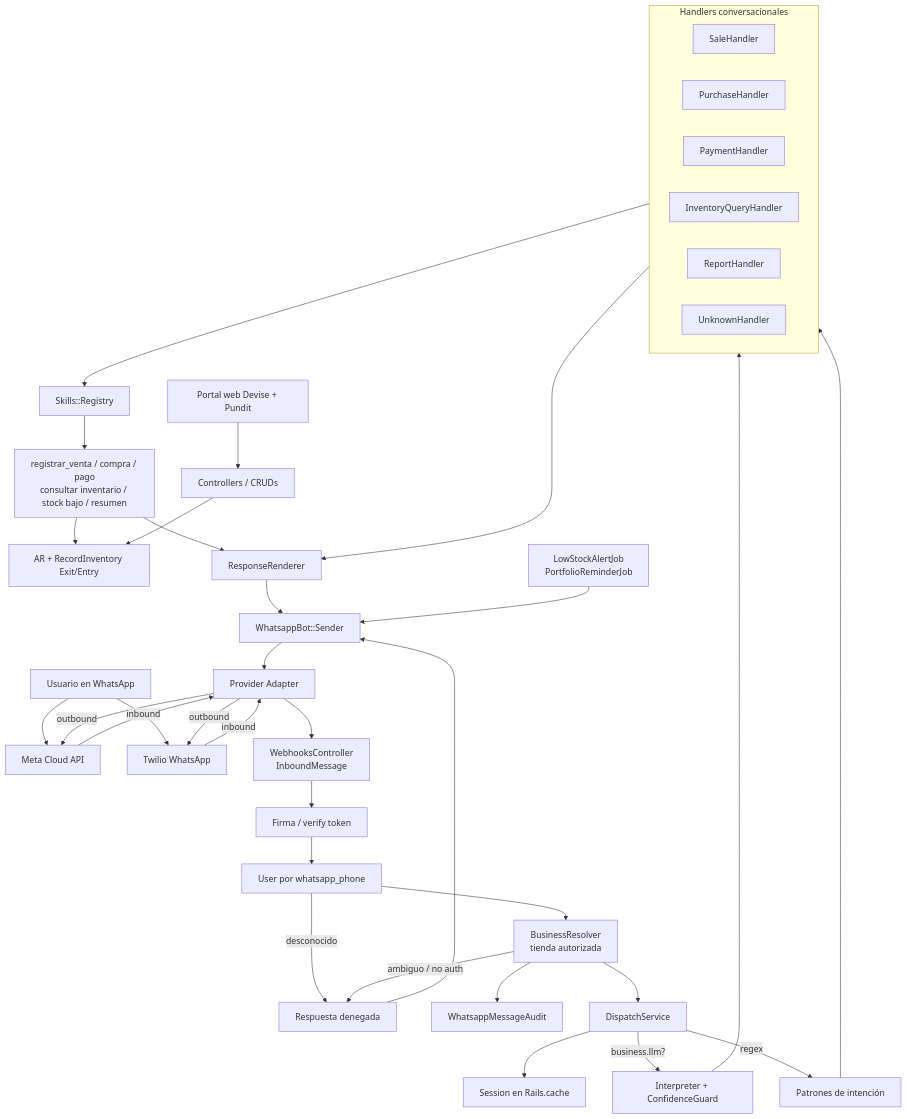
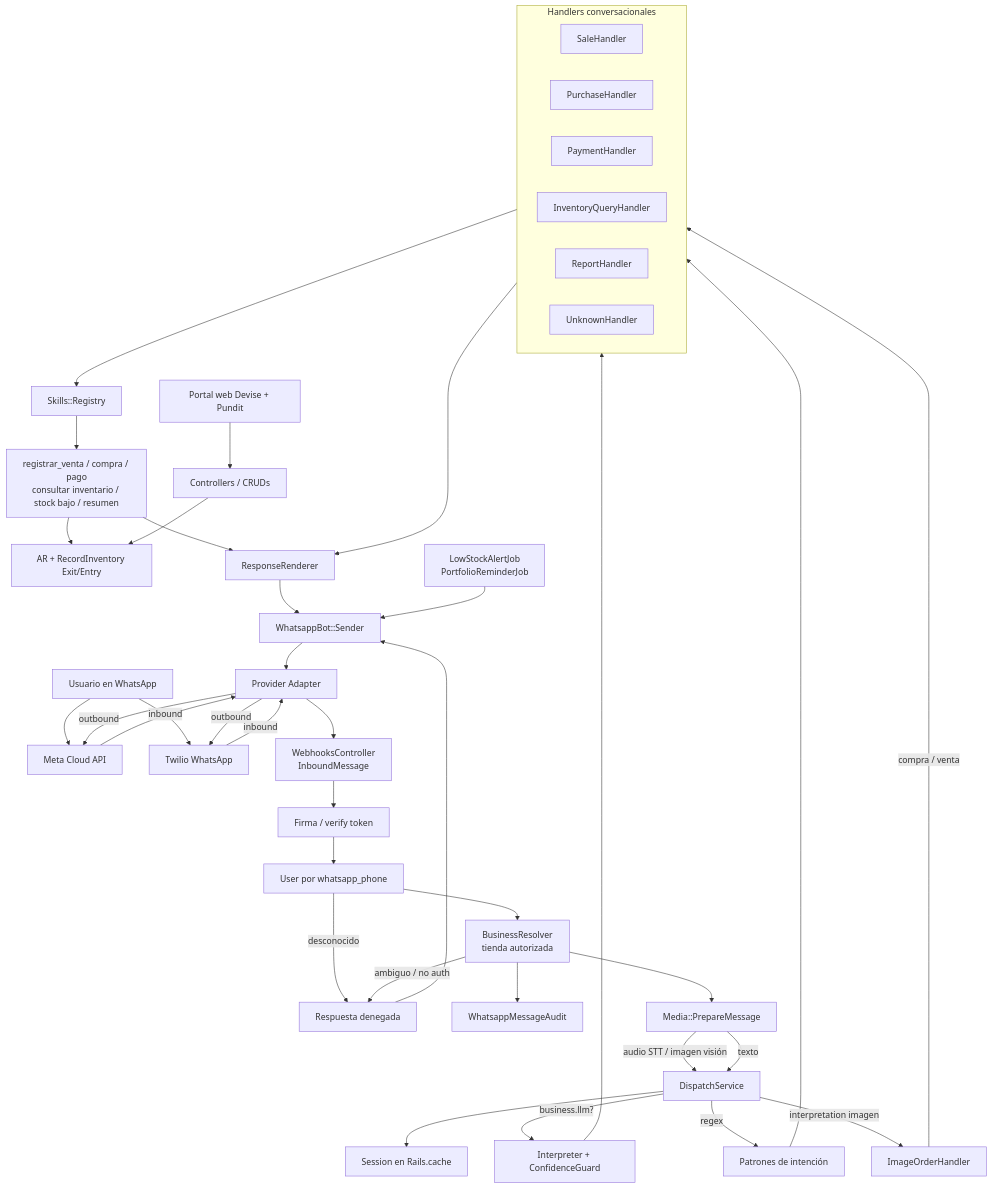
The first of 6 diagrams in docs/whatsapp-architecture.md (SunTea43/Hermes), drawn with Mermaid before and after one commit. The commit also changed other lines of this file and 3 other files, not shown here.

````diff
--- a/docs/whatsapp-architecture.md
+++ b/docs/whatsapp-architecture.md
@@ -26,45 +26,49 @@
 ```mermaid
 flowchart TD
   U[Usuario en WhatsApp] --> Meta[Meta Cloud API]
   U --> Twilio[Twilio WhatsApp]
   Meta -->|inbound| GW[Provider Adapter]
   Twilio -->|inbound| GW
   GW --> WH[WebhooksController<br/>InboundMessage]
   WH --> Verify[Firma / verify token]
   Verify --> Identity[User por whatsapp_phone]
   Identity -->|desconocido| Deny[Respuesta denegada]
   Identity --> Store[BusinessResolver<br/>tienda autorizada]
   Store -->|ambiguo / no auth| Deny
   Store --> Audit[WhatsappMessageAudit]
-  Store --> Orch[DispatchService]
+  Store --> Media[Media::PrepareMessage]
+  Media -->|audio STT / imagen visión| Orch[DispatchService]
+  Media -->|texto| Orch
   Orch --> Mem[Session en Rails.cache]
   Orch -->|business.llm?| LLM[Interpreter + ConfidenceGuard]
   Orch -->|regex| Regex[Patrones de intención]
+  Orch -->|interpretation imagen| ImgKind[ImageOrderHandler]
   LLM --> Handlers
   Regex --> Handlers
+  ImgKind -->|compra / venta| Handlers
 
   subgraph Handlers[Handlers conversacionales]
     Sale[SaleHandler]
     Purchase[PurchaseHandler]
     Payment[PaymentHandler]
     Inv[InventoryQueryHandler]
     Report[ReportHandler]
     Unknown[UnknownHandler]
   end
 
   Handlers --> Registry[Skills::Registry]
   Registry --> Skills[registrar_venta / compra / pago<br/>consultar inventario / stock bajo / resumen]
   Skills --> Domain[AR + RecordInventory Exit/Entry]
   Handlers --> RR[ResponseRenderer]
   Skills --> RR
   RR --> Sender[WhatsappBot::Sender]
   Sender --> GW
   GW -->|outbound| Meta
   GW -->|outbound| Twilio
   Deny --> Sender
 
   Jobs[LowStockAlertJob<br/>PortfolioReminderJob] --> Sender
 
   Web[Portal web Devise + Pundit] --> DomainWeb[Controllers / CRUDs]
   DomainWeb --> Domain
 ```
````
